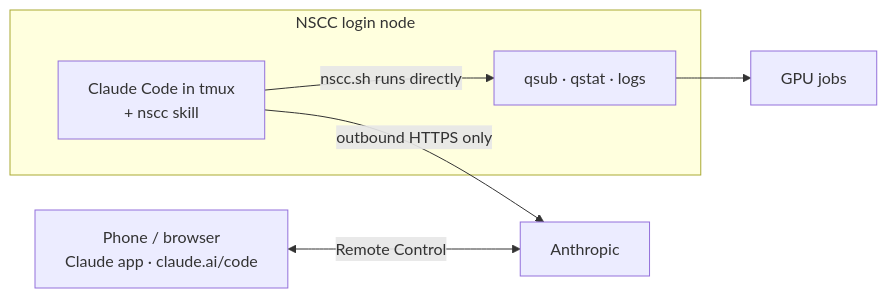
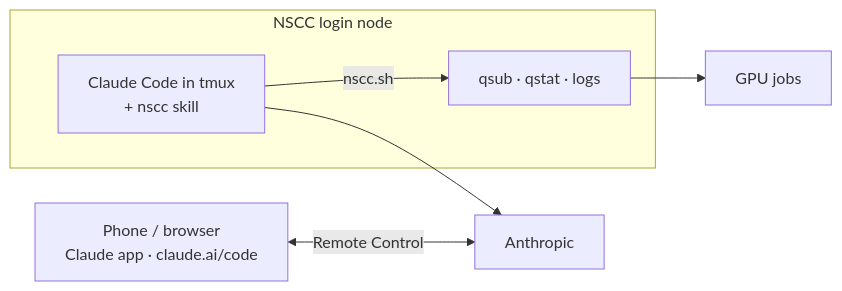
One commit to LBWSquare666/nscc-agent changed the diagram in plugins/nscc-agent/skills/nscc/references/on-nscc.md. Above: the diagram before and after it, drawn with Mermaid. The commit also changed other lines of this file and 6 other files, not shown here.

````diff
--- a/plugins/nscc-agent/skills/nscc/references/on-nscc.md
+++ b/plugins/nscc-agent/skills/nscc/references/on-nscc.md
@@ -7,9 +5,9 @@
 ```mermaid
 flowchart LR
   P[Phone / browser<br/>Claude app · claude.ai/code] <-->|Remote Control| R[Anthropic]
   subgraph N[NSCC login node]
-    C[Claude Code in tmux<br/>+ nscc skill] -->|nscc.sh runs directly| Q[qsub · qstat · logs]
+    C[Claude Code in tmux<br/>+ nscc skill] -->|nscc.sh| Q[qsub · qstat · logs]
   end
-  C -->|outbound HTTPS only| R
+  C --> R
   Q --> G[GPU jobs]
 ```
````
